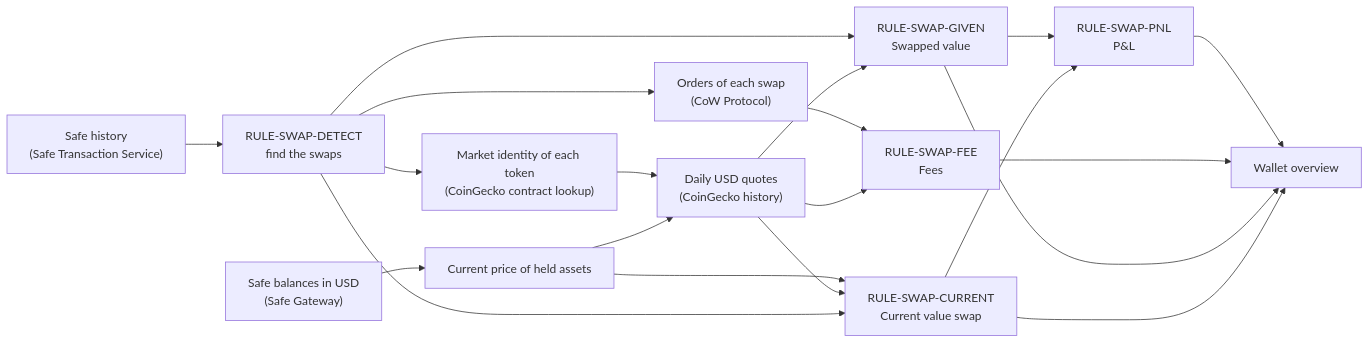
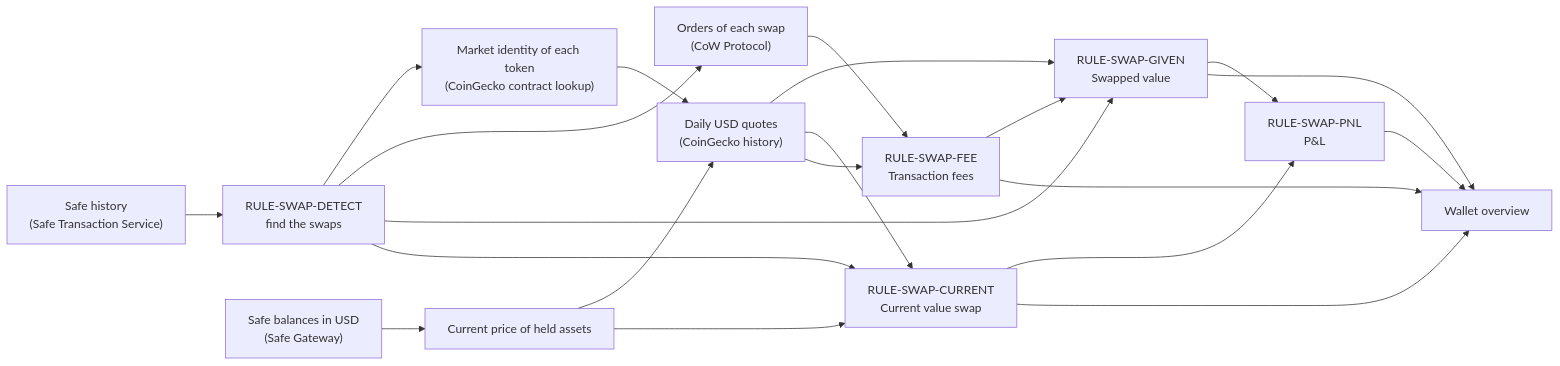
The diagram in docs/features/accounts/safe-swap-pnl-use-cases.md (globe-and-citizen/cnc-portal), drawn with Mermaid before and after one commit. The commit also changed other lines of this file and 1 other file, not shown here.

Commit message:
docs: 📝 document Safe swap fees kept apart from the P&L

````diff
--- a/docs/features/accounts/safe-swap-pnl-use-cases.md
+++ b/docs/features/accounts/safe-swap-pnl-use-cases.md
@@ -42,22 +43,23 @@
 ```mermaid
 flowchart LR
   history["Safe history<br/>(Safe Transaction Service)"] --> detect["RULE-SWAP-DETECT<br/>find the swaps"]
   balances["Safe balances in USD<br/>(Safe Gateway)"] --> held["Current price of held assets"]
   detect --> identity["Market identity of each token<br/>(CoinGecko contract lookup)"]
   identity --> quotes["Daily USD quotes<br/>(CoinGecko history)"]
   held --> quotes
   detect --> orders["Orders of each swap<br/>(CoW Protocol)"]
   detect --> given["RULE-SWAP-GIVEN<br/>Swapped value"]
   quotes --> given
   held --> current["RULE-SWAP-CURRENT<br/>Current value swap"]
   quotes --> current
   detect --> current
-  orders --> fee["RULE-SWAP-FEE<br/>Fees"]
+  orders --> fee["RULE-SWAP-FEE<br/>Transaction fees"]
   quotes --> fee
+  fee --> given
   given --> pnl["RULE-SWAP-PNL<br/>P&L"]
   current --> pnl
   pnl --> overview["Wallet overview"]
   fee --> overview
   given --> overview
   current --> overview
 ```
````
